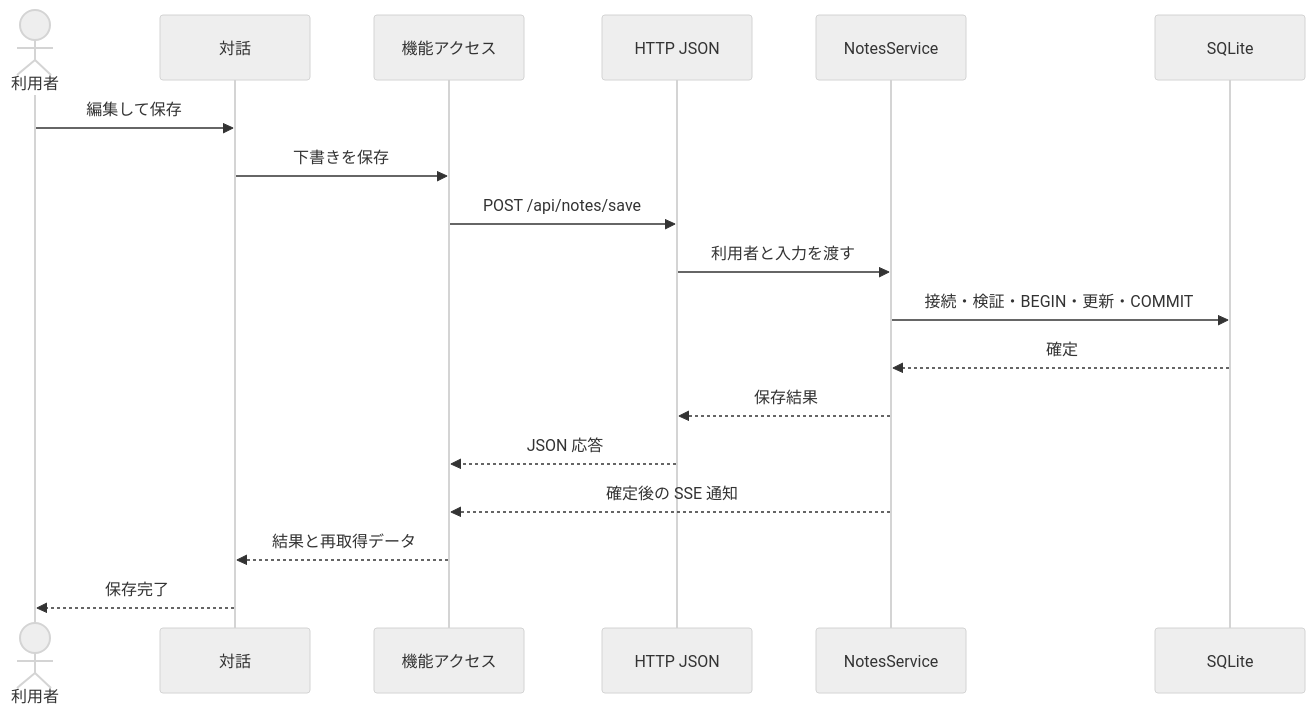
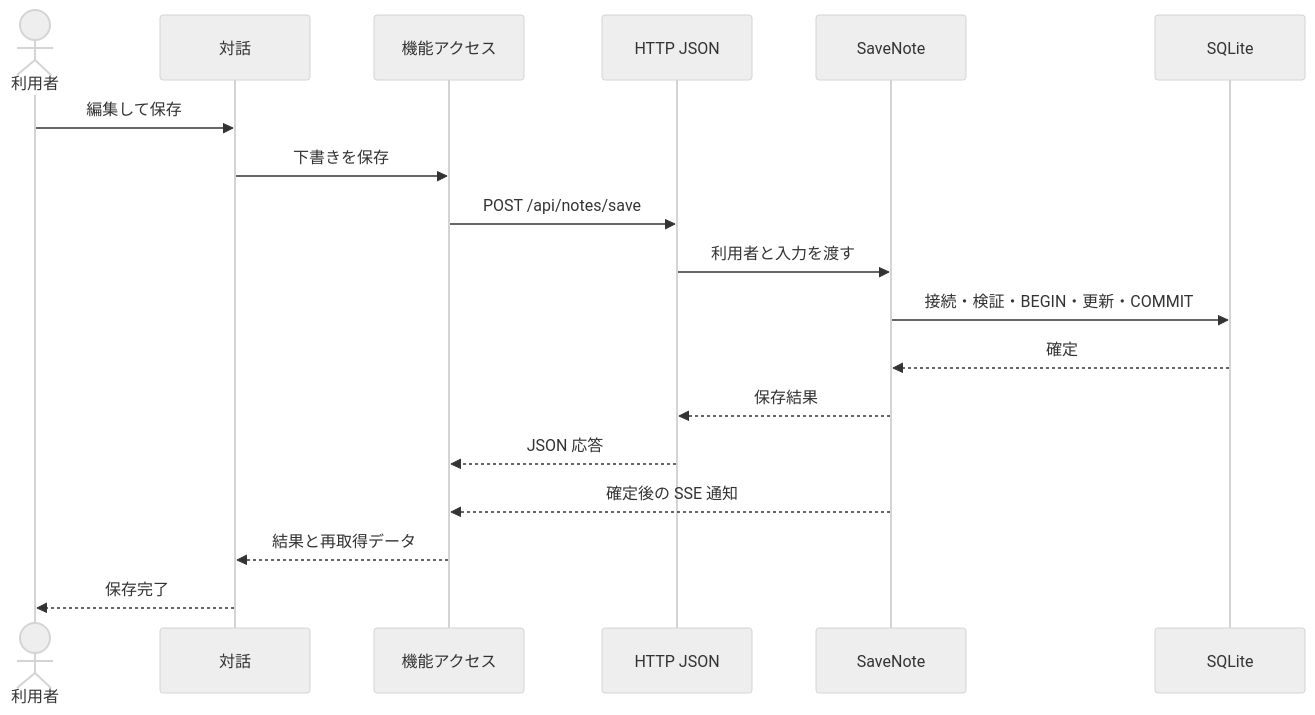
One commit to nuitsjp/aidd-project-template changed the diagram in react-dotnet-template/docs/design/UCP-1.md. Above: the diagram before and after it, drawn with Mermaid (neutral theme). The commit also changed other lines of this file and 30 other files, not shown here.

````diff
--- a/react-dotnet-template/docs/design/UCP-1.md
+++ b/react-dotnet-template/docs/design/UCP-1.md
@@ -14,20 +15,20 @@
 ```mermaid
 sequenceDiagram
   actor U as 利用者
   participant D as 対話
   participant F as 機能アクセス
   participant H as HTTP JSON
-  participant S as NotesService
+  participant S as SaveNote
   participant DB as SQLite
   U->>D: 編集して保存
   D->>F: 下書きを保存
   F->>H: POST /api/notes/save
   H->>S: 利用者と入力を渡す
   S->>DB: 接続・検証・BEGIN・更新・COMMIT
   DB-->>S: 確定
   S-->>H: 保存結果
   H-->>F: JSON 応答
   S-->>F: 確定後の SSE 通知
   F-->>D: 結果と再取得データ
   D-->>U: 保存完了
 ```
````
